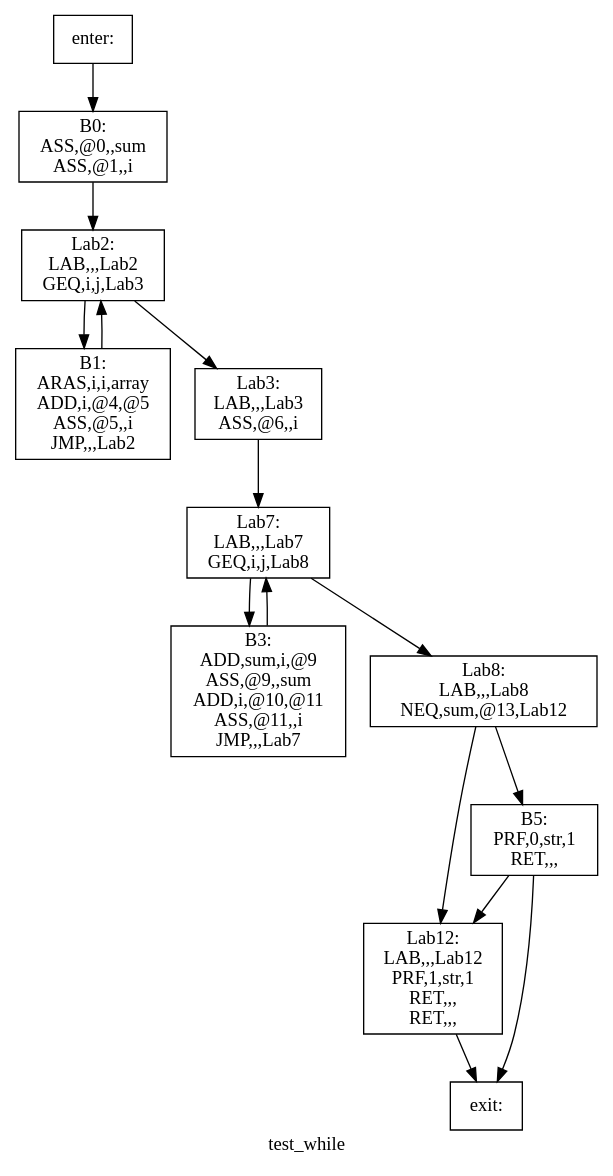
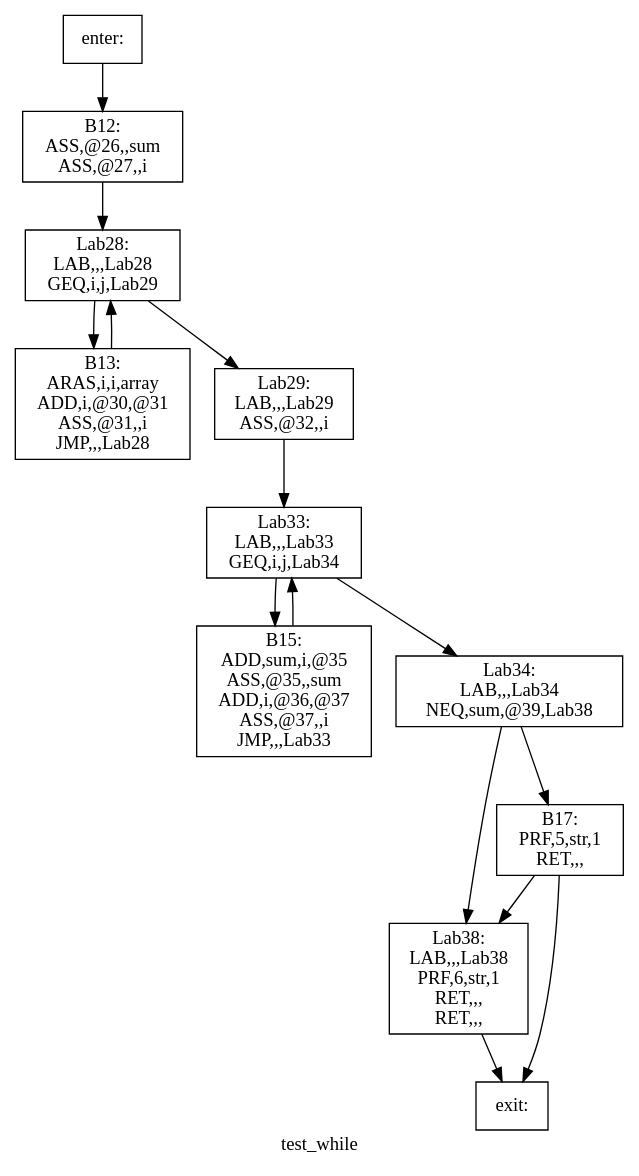
The diagram in Compiler/basic_block/dot/test_while.dot (yifan123/Compiler), drawn with Graphviz before and after one commit. The commit also changed 157 other files, not shown here.

Commit message:
整个编译器已经完工，优化已做了： 1. 常量折叠 2. 划分基本块并使用graphviz绘制控制流图 3. 在parser时直接将所有常量的值计算出来 4. 到达定义分析，计算d-u链和活跃变量分析 5. 构建冲突图，图着色（这个可能还有bug） 6. 错误处理，错误skip，错误打印 接下来准备做： 1. 全局寄存器分配

```diff
--- a/Compiler/basic_block/dot/test_while.dot
+++ b/Compiler/basic_block/dot/test_while.dot
@@ -1,28 +1,28 @@
 digraph test_while{
 label =test_while
-B0[label="B0:\nASS,@0,,sum\nASS,@1,,i\n" shape=box]
-B1[label="B1:\nARAS,i,i,array\nADD,i,@4,@5\nASS,@5,,i\nJMP,,,Lab2\n" shape=box]
-B3[label="B3:\nADD,sum,i,@9\nASS,@9,,sum\nADD,i,@10,@11\nASS,@11,,i\nJMP,,,Lab7\n" shape=box]
-B5[label="B5:\nPRF,0,str,1\nRET,,,\n" shape=box]
-Lab12[label="Lab12:\nLAB,,,Lab12\nPRF,1,str,1\nRET,,,\nRET,,,\n" shape=box]
-Lab2[label="Lab2:\nLAB,,,Lab2\nGEQ,i,j,Lab3\n" shape=box]
-Lab3[label="Lab3:\nLAB,,,Lab3\nASS,@6,,i\n" shape=box]
-Lab7[label="Lab7:\nLAB,,,Lab7\nGEQ,i,j,Lab8\n" shape=box]
-Lab8[label="Lab8:\nLAB,,,Lab8\nNEQ,sum,@13,Lab12\n" shape=box]
+B12[label="B12:\nASS,@26,,sum\nASS,@27,,i\n" shape=box]
+B13[label="B13:\nARAS,i,i,array\nADD,i,@30,@31\nASS,@31,,i\nJMP,,,Lab28\n" shape=box]
+B15[label="B15:\nADD,sum,i,@35\nASS,@35,,sum\nADD,i,@36,@37\nASS,@37,,i\nJMP,,,Lab33\n" shape=box]
+B17[label="B17:\nPRF,5,str,1\nRET,,,\n" shape=box]
+Lab28[label="Lab28:\nLAB,,,Lab28\nGEQ,i,j,Lab29\n" shape=box]
+Lab29[label="Lab29:\nLAB,,,Lab29\nASS,@32,,i\n" shape=box]
+Lab33[label="Lab33:\nLAB,,,Lab33\nGEQ,i,j,Lab34\n" shape=box]
+Lab34[label="Lab34:\nLAB,,,Lab34\nNEQ,sum,@39,Lab38\n" shape=box]
+Lab38[label="Lab38:\nLAB,,,Lab38\nPRF,6,str,1\nRET,,,\nRET,,,\n" shape=box]
 enter[label="enter:\n" shape=box]
 exit[label="exit:\n" shape=box]
-B0->Lab2
-B1->Lab2
-B3->Lab7
-B5->Lab12
-B5->exit
-Lab12->exit
-Lab2->B1
-Lab2->Lab3
-Lab3->Lab7
-Lab7->B3
-Lab7->Lab8
-Lab8->B5
-Lab8->Lab12
-enter->B0
+B12->Lab28
+B13->Lab28
+B15->Lab33
+B17->Lab38
+B17->exit
+Lab28->B13
+Lab28->Lab29
+Lab29->Lab33
+Lab33->B15
+Lab33->Lab34
+Lab34->B17
+Lab34->Lab38
+Lab38->exit
+enter->B12
 }
```
